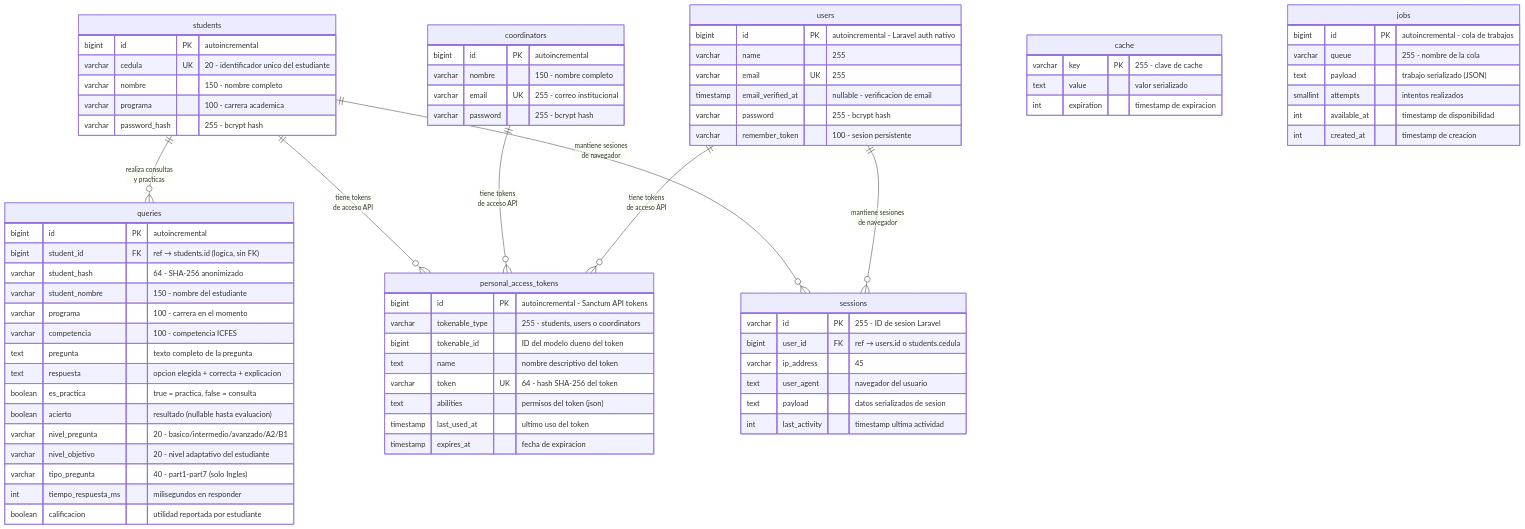
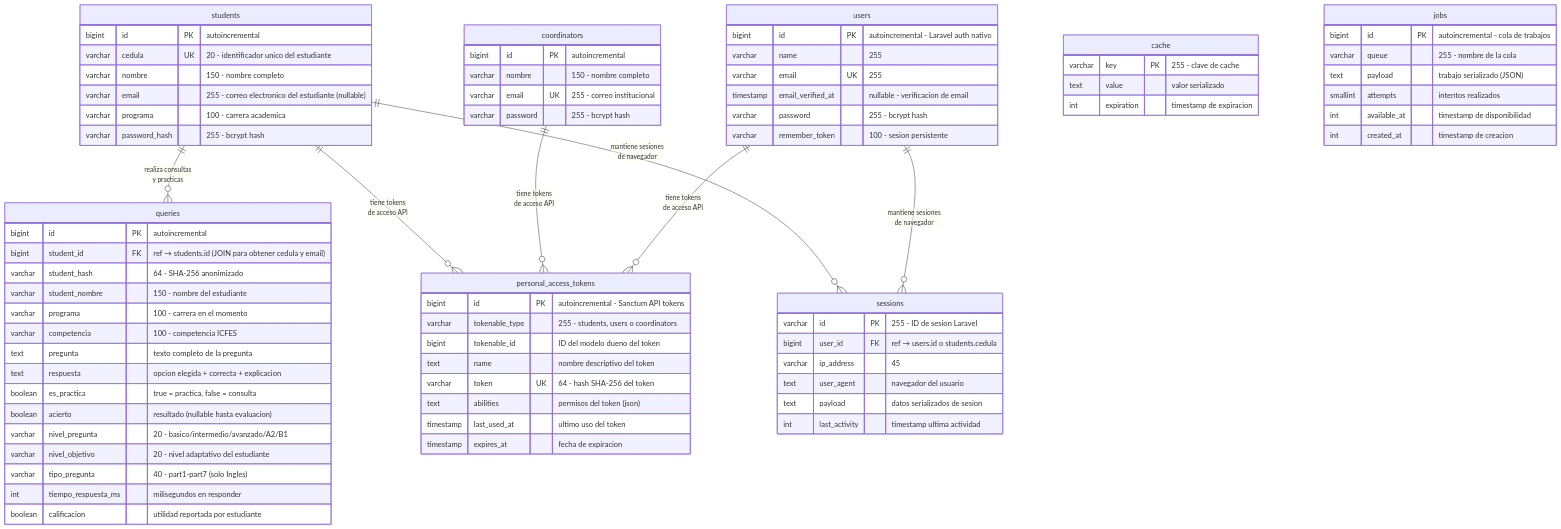
The second of 11 diagrams in DOCUMENTACION.md (DIEGHOST64/ICFES-PRO-CHAT), drawn with Mermaid before and after one commit. The commit also changed other lines of this file, not shown here.

Commit message:
docs: actualizar ERD con email, nuevas secciones PDF, chat IA, centrado dashboard

```diff
--- a/DOCUMENTACION.md
+++ b/DOCUMENTACION.md
@@ -62,6 +62,7 @@
         bigint id PK "autoincremental"
         varchar cedula UK "20 - identificador unico del estudiante"
         varchar nombre "150 - nombre completo"
+        varchar email "255 - correo electronico del estudiante (nullable)"
         varchar programa "100 - carrera academica"
         varchar password_hash "255 - bcrypt hash"
     }
@@ -84,7 +85,7 @@
 
     queries {
         bigint id PK "autoincremental"
-        bigint student_id FK "ref → students.id (logica, sin FK)"
+        bigint student_id FK "ref → students.id (JOIN para obtener cedula y email)"
         varchar student_hash "64 - SHA-256 anonimizado"
         varchar student_nombre "150 - nombre del estudiante"
         varchar programa "100 - carrera en el momento"
```
